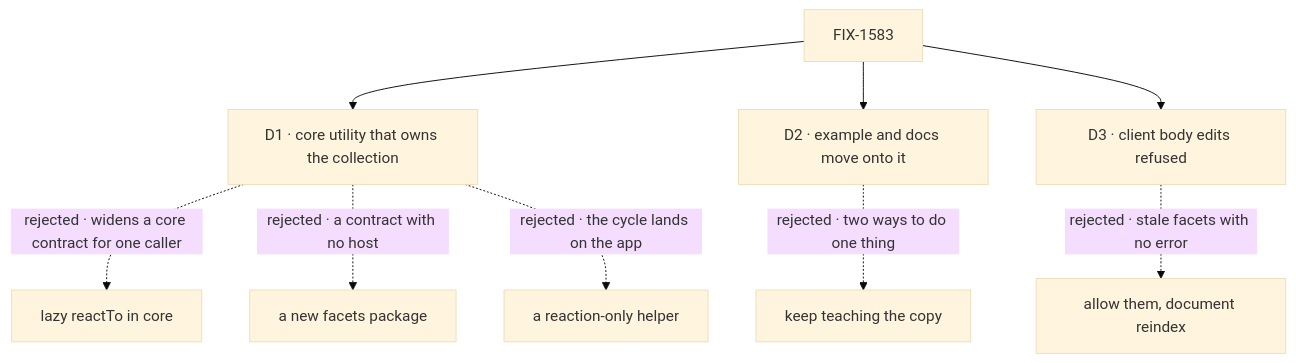
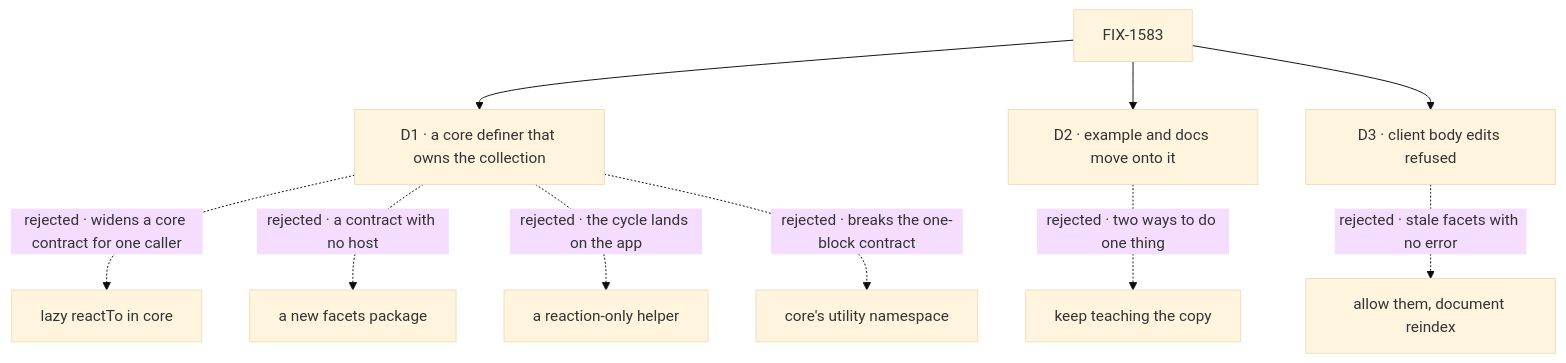
Before and after one commit to fixpoint-labs/flow-state-dev: the diagram in specs/issues/FIX-1583/DECISIONS.md, drawn with Mermaid (base theme). The commit also changed other lines of this file and 5 other files, not shown here.

````diff
--- a/specs/issues/FIX-1583/DECISIONS.md
+++ b/specs/issues/FIX-1583/DECISIONS.md
@@ -17,11 +17,12 @@
 ```mermaid
 flowchart TD
-  I["FIX-1583"] --> D1["D1 · core utility that owns the collection"]
+  I["FIX-1583"] --> D1["D1 · a core definer that owns the collection"]
   D1 -.->|"rejected · widens a core contract for one caller"| X1["lazy reactTo in core"]
   D1 -.->|"rejected · a contract with no host"| X1b["a new facets package"]
   D1 -.->|"rejected · the cycle lands on the app"| X1c["a reaction-only helper"]
+  D1 -.->|"rejected · breaks the one-block contract"| X1d["core's utility namespace"]
   I --> D2["D2 · example and docs move onto it"]
   D2 -.->|"rejected · two ways to do one thing"| X2["keep teaching the copy"]
   I --> D3["D3 · client body edits refused"]
   D3 -.->|"rejected · stale facets with no error"| X3["allow them, document reindex"]
 ```
````
